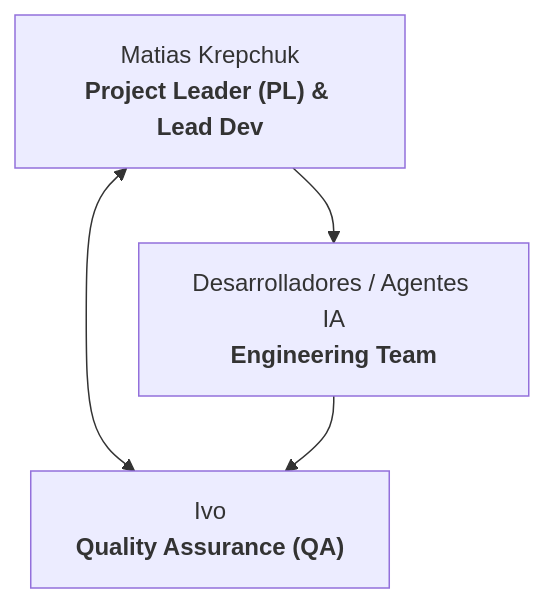
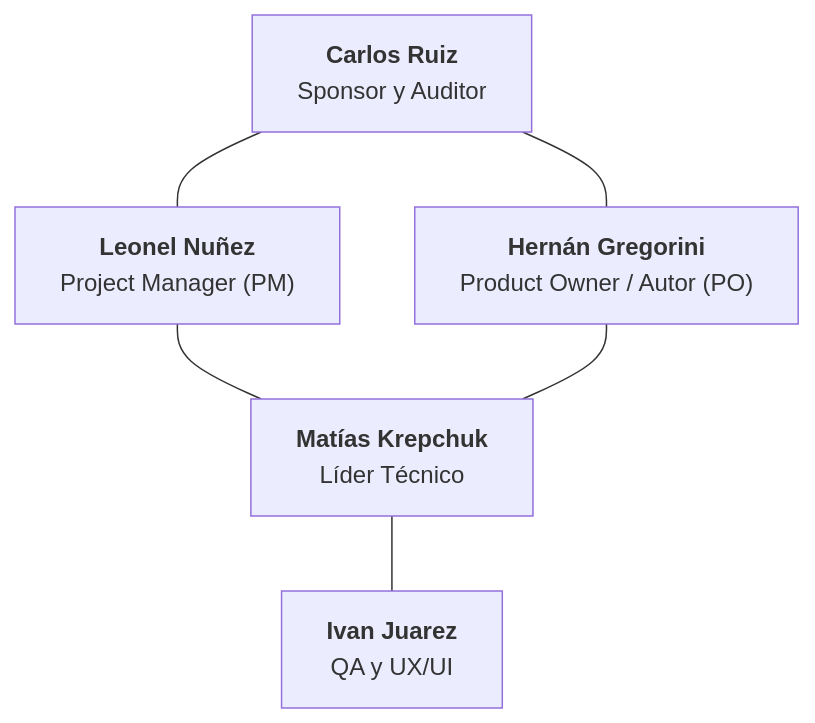
One commit to Mathiiuk/reportalo.mvp changed the first of 2 diagrams in wiki/04-roles-y-gobernanza.md. Above: the diagram before and after it, drawn with Mermaid. The commit also changed other lines of this file and 9 other files, not shown here.

````diff
--- a/wiki/04-roles-y-gobernanza.md
+++ b/wiki/04-roles-y-gobernanza.md
@@ -14,10 +14,14 @@
 ```mermaid
 graph TD
-    PL["Matias Krepchuk<br><b>Project Leader (PL) & Lead Dev</b>"]
-    QA["Ivo<br><b>Quality Assurance (QA)</b>"]
-    DEV["Desarrolladores / Agentes IA<br><b>Engineering Team</b>"]
+    CR["<b>Carlos Ruiz</b><br>Sponsor y Auditor"]
+    LN["<b>Leonel Nuñez</b><br>Project Manager (PM)"]
+    HG["<b>Hernán Gregorini</b><br>Product Owner / Autor (PO)"]
+    MK["<b>Matías Krepchuk</b><br>Líder Técnico"]
+    IJ["<b>Ivan Juarez</b><br>QA y UX/UI"]
 
-    PL --> DEV
-    PL <--> QA
-    DEV --> QA
+    CR --- LN
+    CR --- HG
+    LN --- MK
+    HG --- MK
+    MK --- IJ
 ```
````
